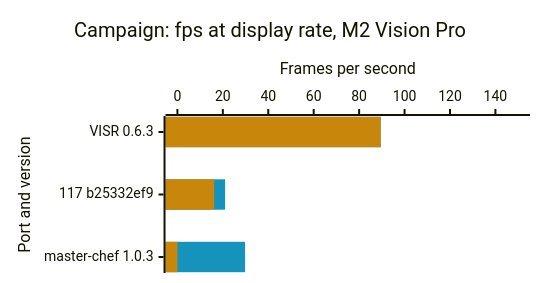
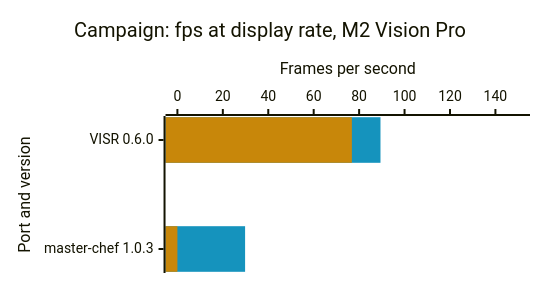
One commit to steverice/visr changed the fourth of 4 diagrams in docs/benchmarks.md. Above: the diagram before and after it, drawn with Mermaid. The commit also changed other lines of this file and 207 other files, not shown here.

````diff
--- a/docs/benchmarks.md
+++ b/docs/benchmarks.md
@@ -108,17 +106,17 @@
 ```mermaid
 ---
 config:
   xyChart:
     width: 520
     height: 263
   themeVariables:
     xyChart:
       plotColorPalette: "#1593bd, #c8870a"
 ---
 xychart-beta horizontal
     title "Campaign: fps at display rate, M2 Vision Pro"
-    x-axis "Port and version" ["VISR 0.6.3", "117 b25332ef9", "master-chef 1.0.3"]
+    x-axis "Port and version" ["VISR 0.6.0", "master-chef 1.0.3"]
     y-axis "Frames per second" 0 --> 150
-    bar [89.5, 21, 29.8]
-    bar [89.5, 16.2, 0]
+    bar [89.4, 29.8]
+    bar [76.8, 0]
 ```
````
